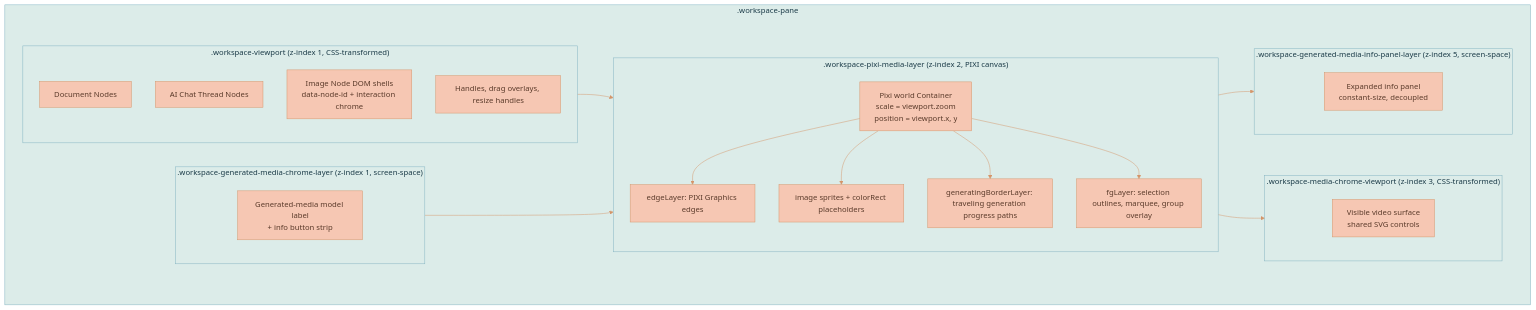
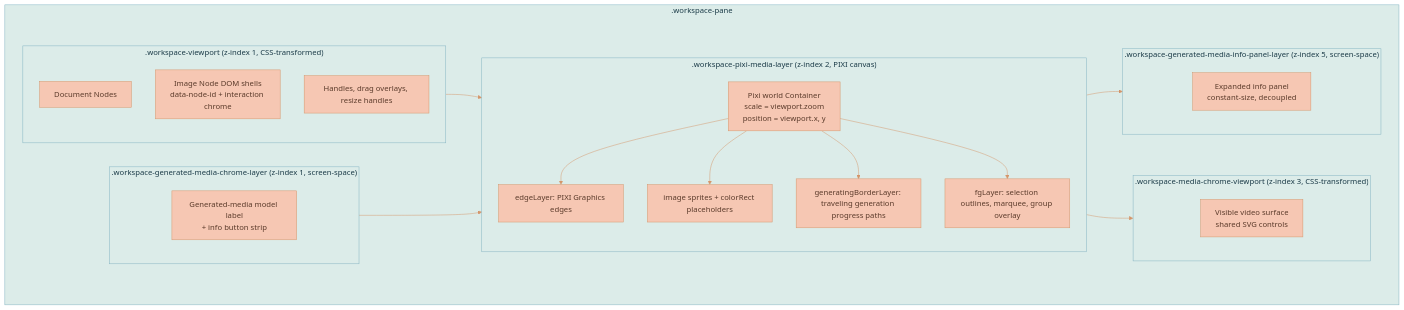
The first of 3 diagrams in documentation/canvas/RENDERING-ENGINE.md (Lixpi/lixpi), drawn with Mermaid before and after one commit. The commit also changed other lines of this file and 225 other files, not shown here.

````diff
--- a/documentation/canvas/RENDERING-ENGINE.md
+++ b/documentation/canvas/RENDERING-ENGINE.md
@@ -103,37 +103,36 @@
 ```mermaid
 %%{init: {'theme': 'base', 'themeVariables': { 'primaryColor': '#F6C7B3', 'primaryTextColor': '#5a3a2a', 'primaryBorderColor': '#d4956a', 'secondaryColor': '#C3DEDD', 'secondaryTextColor': '#1a3a47', 'secondaryBorderColor': '#4a8a9d', 'tertiaryColor': '#DCECE9', 'tertiaryTextColor': '#1a3a47', 'tertiaryBorderColor': '#82B2C0', 'lineColor': '#d4956a', 'textColor': '#5a3a2a'}}}%%
 flowchart TB
     subgraph Pane[".workspace-pane"]
         subgraph Viewport[".workspace-viewport (z-index 1, CSS-transformed)"]
             DOC[Document Nodes]
-            THR[AI Chat Thread Nodes]
             IMG_DOM[Image Node DOM shells<br/>data-node-id + interaction chrome]
             HANDLE[Handles, drag overlays, resize handles]
         end
         subgraph PixiCanvas[".workspace-pixi-media-layer (z-index 2, PIXI canvas)"]
             WORLD[Pixi world Container<br/>scale = viewport.zoom<br/>position = viewport.x, y]
             EDGE_PIXI[edgeLayer: PIXI Graphics edges]
             IMG_SPR[image sprites + colorRect placeholders]
             GEN_BORDER[generatingBorderLayer: traveling generation progress paths]
             FG[fgLayer: selection outlines, marquee, group overlay]
         end
         subgraph MediaChromeViewport[".workspace-media-chrome-viewport (z-index 3, CSS-transformed)"]
             VIDEO_CHROME[Visible video surface<br/>shared SVG controls]
         end
         subgraph GeneratedChrome[".workspace-generated-media-chrome-layer (z-index 1, screen-space)"]
             IMG_CHROME[Generated-media model label<br/>+ info button strip]
         end
         subgraph InfoPanelLayer[".workspace-generated-media-info-panel-layer (z-index 5, screen-space)"]
             INFO_PANEL[Expanded info panel<br/>constant-size, decoupled]
         end
     end
 
     Viewport --> PixiCanvas
     WORLD --> EDGE_PIXI
     WORLD --> IMG_SPR
     WORLD --> GEN_BORDER
     WORLD --> FG
     GeneratedChrome --> PixiCanvas
     PixiCanvas --> MediaChromeViewport
     PixiCanvas --> InfoPanelLayer
 ```
````
